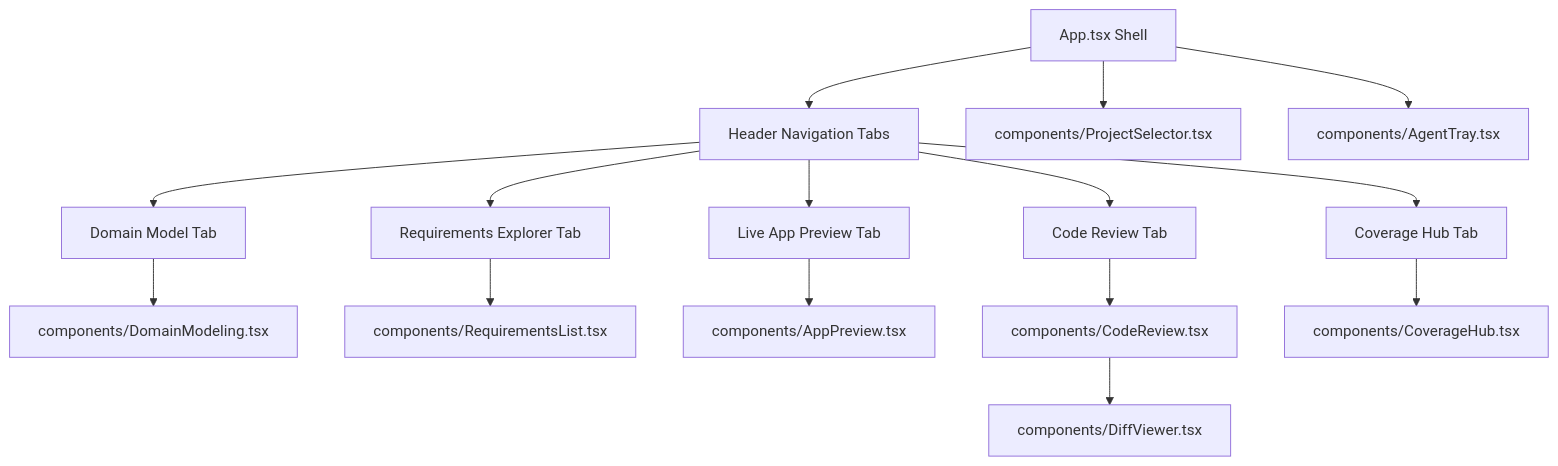
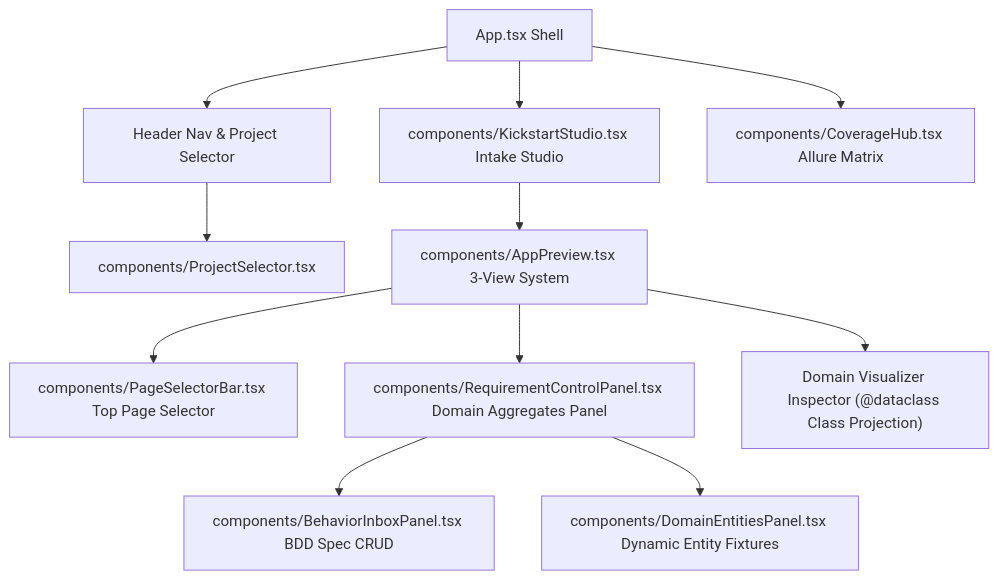
Before and after one commit to AlbinAhlstrom/provable: the diagram in vault/01-Architecture/Frontend Components.md, drawn with Mermaid. The commit also changed other lines of this file and 17 other files, not shown here.

Commit message:
docs: complete massive documentation and architectural synchronization pass across vault and project

````diff
--- a/vault/01-Architecture/Frontend Components.md
+++ b/vault/01-Architecture/Frontend Components.md
@@ -9,19 +9,17 @@
 ```mermaid
 graph TD
-    App["App.tsx Shell"] --> Header["Header Navigation Tabs"]
-    Header --> DomainTab["Domain Model Tab"]
-    Header --> ReqTab["Requirements Explorer Tab"]
-    Header --> LiveAppTab["Live App Preview Tab"]
-    Header --> ReviewTab["Code Review Tab"]
-    Header --> CoverageTab["Coverage Hub Tab"]
-
-    DomainTab --> DomainModeling["components/DomainModeling.tsx"]
-    ReqTab --> RequirementsList["components/RequirementsList.tsx"]
-    LiveAppTab --> AppPreview["components/AppPreview.tsx"]
-    ReviewTab --> CodeReview["components/CodeReview.tsx"]
-    CoverageTab --> CoverageHub["components/CoverageHub.tsx"]
-
-    App --> ProjectSelector["components/ProjectSelector.tsx"]
-    App --> AgentTray["components/AgentTray.tsx"]
-    CodeReview --> DiffViewer["components/DiffViewer.tsx"]
+    App["App.tsx Shell"] --> Header["Header Nav & Project Selector"]
+    Header --> ProjectSelector["components/ProjectSelector.tsx"]
+    
+    App --> KickstartStudio["components/KickstartStudio.tsx Intake Studio"]
+    KickstartStudio --> AppPreview["components/AppPreview.tsx 3-View System"]
+    
+    AppPreview --> PageSelectorBar["components/PageSelectorBar.tsx Top Page Selector"]
+    AppPreview --> ReqControl["components/RequirementControlPanel.tsx Domain Aggregates Panel"]
+    AppPreview --> DomainInspector["Domain Visualizer Inspector (@dataclass Class Projection)"]
+    
+    ReqControl --> BehaviorInbox["components/BehaviorInboxPanel.tsx BDD Spec CRUD"]
+    ReqControl --> DomainEntities["components/DomainEntitiesPanel.tsx Dynamic Entity Fixtures"]
+    
+    App --> CoverageHub["components/CoverageHub.tsx Allure Matrix"]
 ```
````
